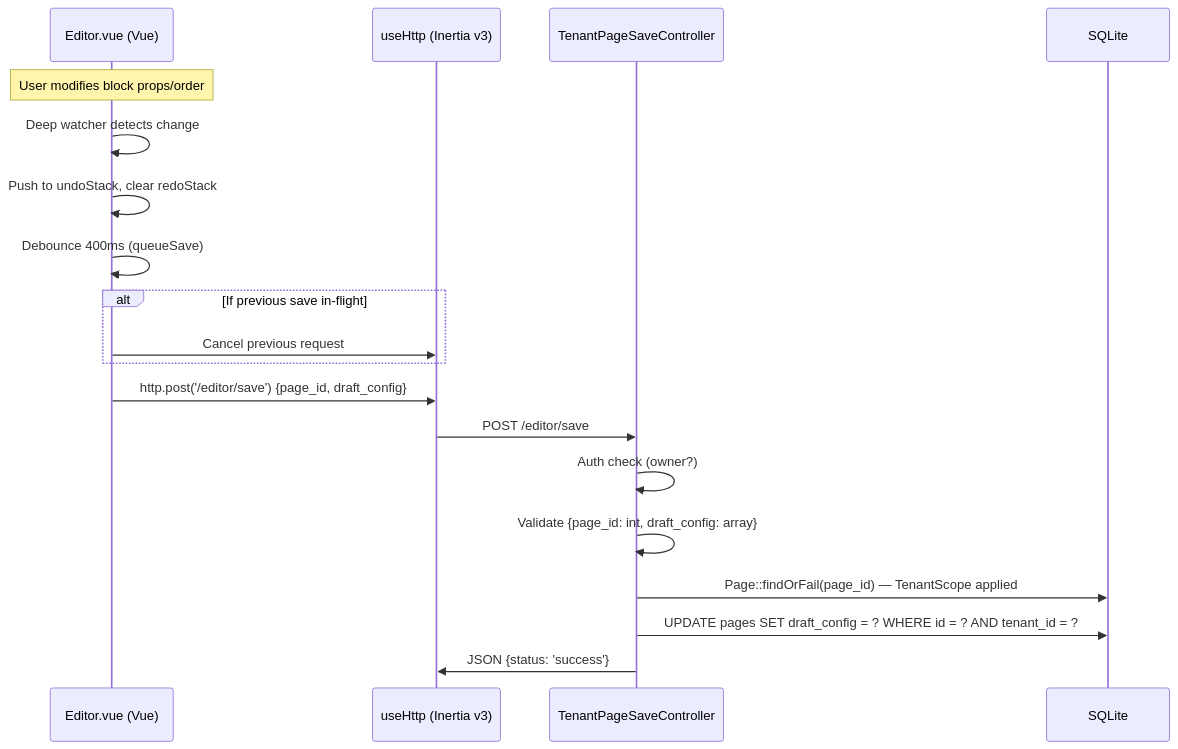
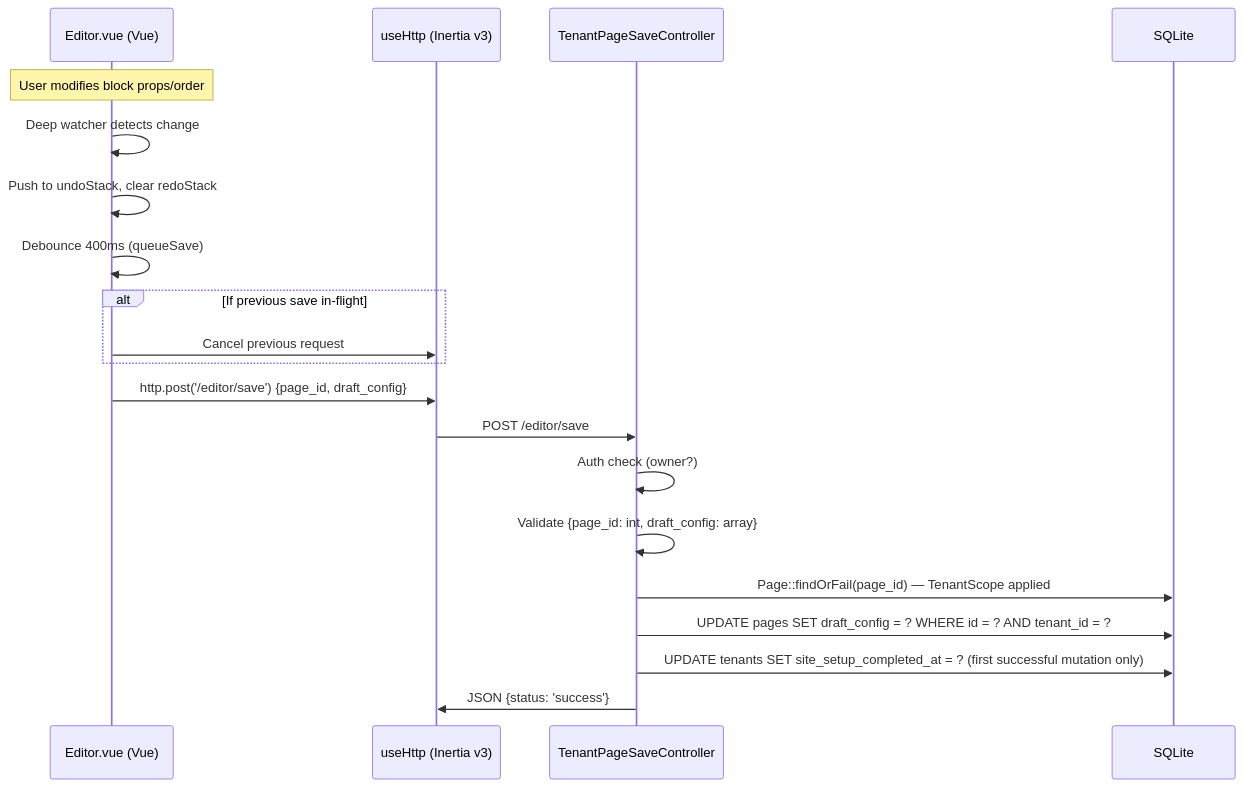
One commit to TDRodney/web-builder changed the fourth of 7 diagrams in spec.md. Above: the diagram before and after it, drawn with Mermaid. The commit also changed other lines of this file and 23 other files, not shown here.

````diff
--- a/spec.md
+++ b/spec.md
@@ -399,25 +401,26 @@
 ```mermaid
 sequenceDiagram
     participant UI as Editor.vue (Vue)
     participant Inertia as useHttp (Inertia v3)
     participant Server as TenantPageSaveController
     participant DB as SQLite
 
     Note over UI: User modifies block props/order
 
     UI->>UI: Deep watcher detects change
     UI->>UI: Push to undoStack, clear redoStack
     UI->>UI: Debounce 400ms (queueSave)
 
     alt If previous save in-flight
         UI->>Inertia: Cancel previous request
     end
 
     UI->>Inertia: http.post('/editor/save') {page_id, draft_config}
     Inertia->>Server: POST /editor/save
     Server->>Server: Auth check (owner?)
     Server->>Server: Validate {page_id: int, draft_config: array}
     Server->>DB: Page::findOrFail(page_id) — TenantScope applied
     Server->>DB: UPDATE pages SET draft_config = ? WHERE id = ? AND tenant_id = ?
+    Server->>DB: UPDATE tenants SET site_setup_completed_at = ? (first successful mutation only)
     Server->>Inertia: JSON {status: 'success'}
 ```
````
